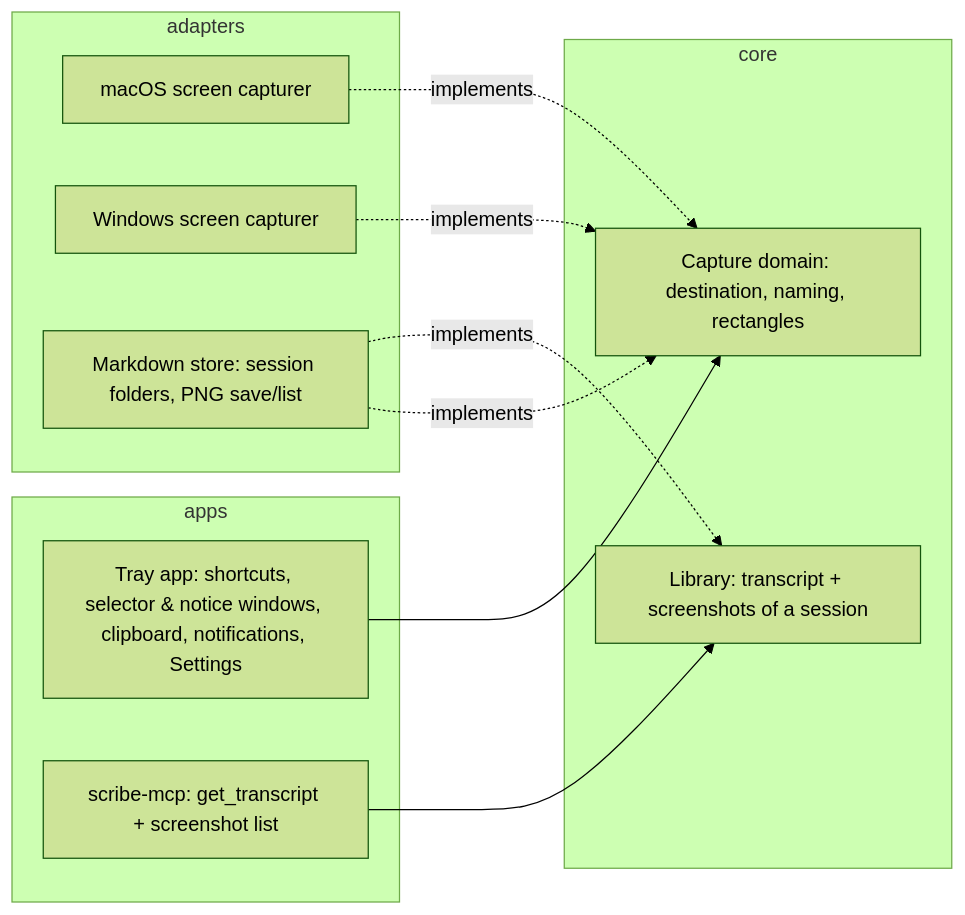
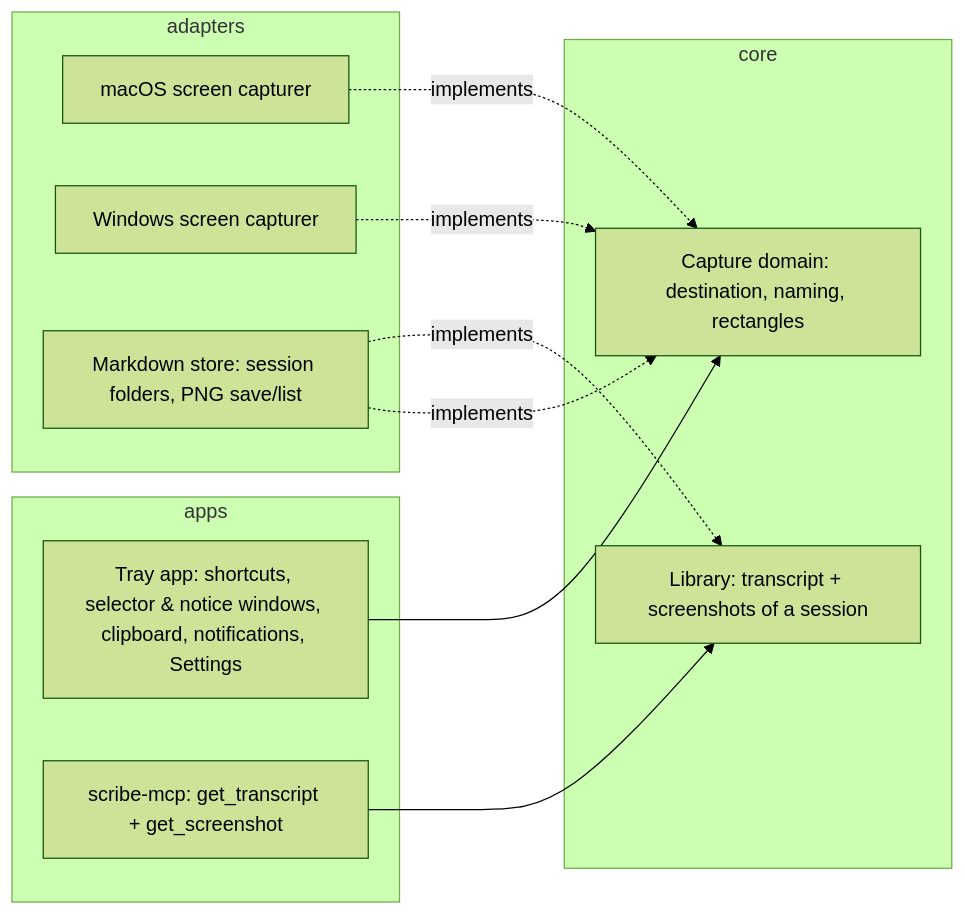
The third of 4 diagrams in docs/specs/004-screenshot-shortcuts.md (incubyte/scribe), drawn with Mermaid (forest theme) before and after one commit. The commit also changed other lines of this file, not shown here.

First line of the commit message:
docs(specs): serve screenshots to the AI client through get_screenshot

````diff
--- a/docs/specs/004-screenshot-shortcuts.md
+++ b/docs/specs/004-screenshot-shortcuts.md
@@ -412,22 +435,22 @@
 ```mermaid
 graph LR
   subgraph apps
     Tray[Tray app: shortcuts, selector & notice windows, clipboard, notifications, Settings]
-    MCP[scribe-mcp: get_transcript + screenshot list]
+    MCP[scribe-mcp: get_transcript + get_screenshot]
   end
   subgraph core
     Capture[Capture domain: destination, naming, rectangles]
     Library[Library: transcript + screenshots of a session]
   end
   subgraph adapters
     MacCap[macOS screen capturer]
     WinCap[Windows screen capturer]
     Store[Markdown store: session folders, PNG save/list]
   end
   Tray --> Capture
   MCP --> Library
   MacCap -. implements .-> Capture
   WinCap -. implements .-> Capture
   Store -. implements .-> Capture
   Store -. implements .-> Library
 ```
````
